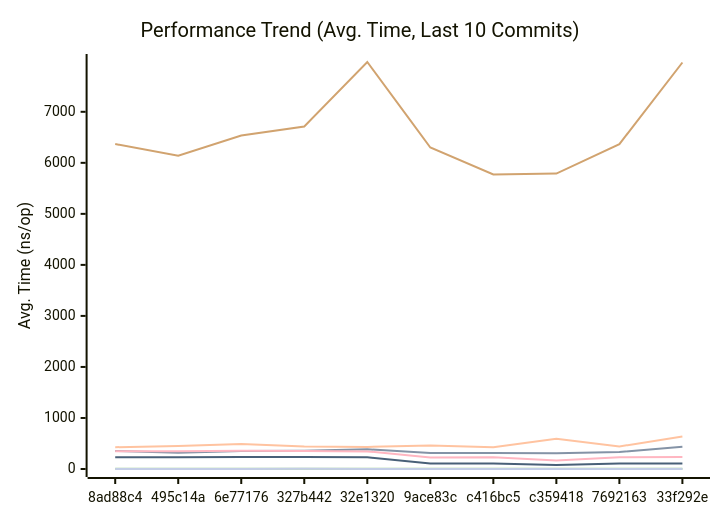
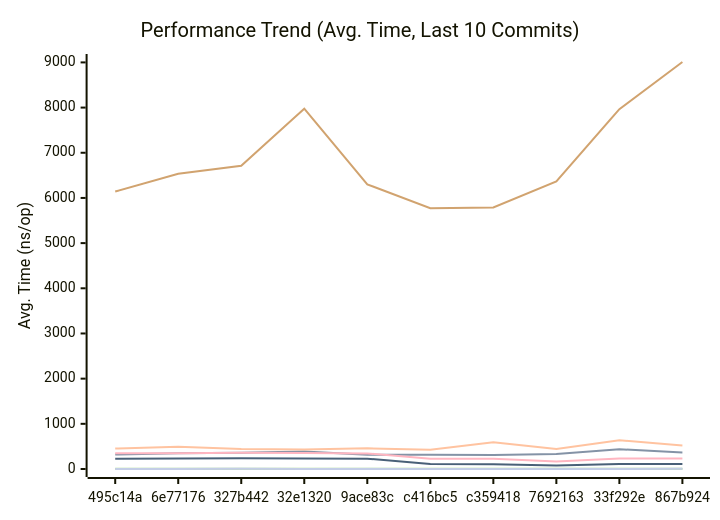
The first of 3 diagrams in docs/PERFORMANCE.md (alsotoes/momo), drawn with Mermaid before and after one commit. The commit also changed other lines of this file and 2 other files, not shown here.

````diff
--- a/docs/PERFORMANCE.md
+++ b/docs/PERFORMANCE.md
@@ -120,16 +120,16 @@
 ```mermaid
 xychart-beta
     title "Performance Trend (Avg. Time, Last 10 Commits)"
     x-axis "Commit"
     y-axis "Avg. Time (ns/op)"
-    x-axis [8ad88c4,495c14a,6e77176,327b442,32e1320,9ace83c,c416bc5,c359418,7692163,33f292e]
-    line "CheckMetricsAndSwap" [9,8,10,9,8,9,8,8,9,13]
-    line "CrushOptimized" [354,319,351,357,386,313,315,308,332,438]
-    line "CrushOriginal" [427,453,491,441,433,459,426,593,442,635]
-    line "IndexDirectTracking" [0,0,0,0,0,0,0,0,0,0]
-    line "IndexSearch" [3,3,3,3,3,3,3,3,3,3]
-    line "LoadGlobalConfig" [6368,6141,6534,6713,7976,6301,5771,5790,6366,7966]
-    line "PadString" [2,2,2,3,2,2,2,2,2,2]
+    x-axis [495c14a,6e77176,327b442,32e1320,9ace83c,c416bc5,c359418,7692163,33f292e,867b924]
+    line "CheckMetricsAndSwap" [8,10,9,8,9,8,8,9,13,13]
+    line "CrushOptimized" [319,351,357,386,313,315,308,332,438,367]
+    line "CrushOriginal" [453,491,441,433,459,426,593,442,635,518]
+    line "IndexDirectTracking" [0,0,0,0,0,0,0,0,0,1]
+    line "IndexSearch" [3,3,3,3,3,3,3,3,3,4]
+    line "LoadGlobalConfig" [6141,6534,6713,7976,6301,5771,5790,6366,7966,9009]
+    line "PadString" [2,2,3,2,2,2,2,2,2,3]
     line "ParseReplicationOrder_NoPrealloc" [350,349,357,354,345,225,229,165,232,234]
     line "ParseReplicationOrder_Prealloc" [229,231,237,234,229,108,107,80,110,109]
 ```
````
